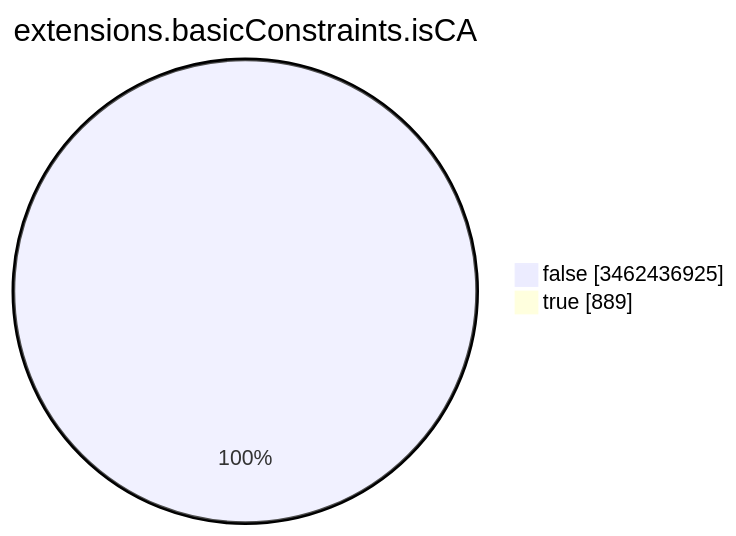
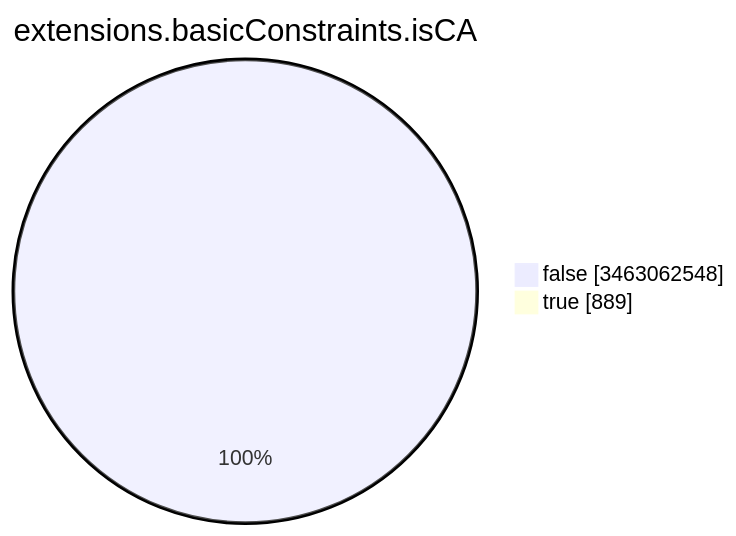
One commit to christiankrug/ctmonitor_visualization changed the seventh of 15 diagrams in TOTAL/README.md. Above: the diagram before and after it, drawn with Mermaid. The commit also changed other lines of this file, not shown here.

````diff
--- a/TOTAL/README.md
+++ b/TOTAL/README.md
@@ -3093,6 +3093,6 @@
 ```mermaid
 pie showData
 title extensions.basicConstraints.isCA
-"false" :3462436925
+"false" :3463062548
 "true" :889
 ```
````
